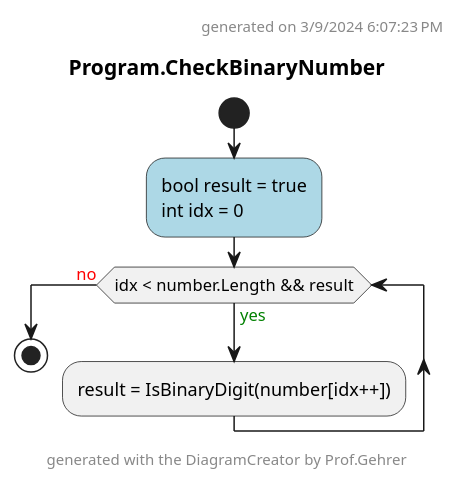
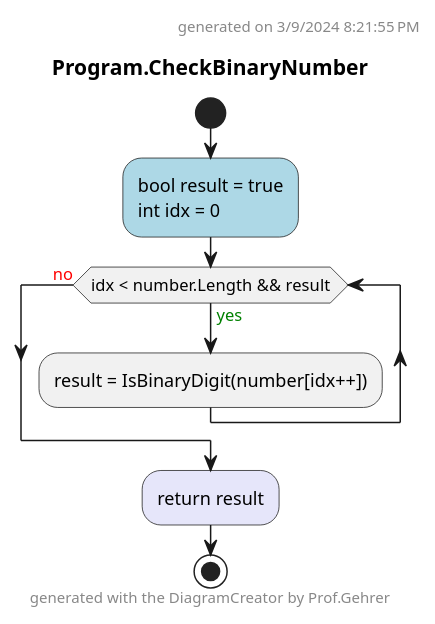
Before and after one commit to leoggehrer/2324-34_ABIF_ACIF_POSE: the diagram in BinaryAdder.ConApp/Diagrams/ac_Program_CheckBinaryNumber.puml, drawn with PlantUML. The commit also changed 204 other files, not shown here.

Commit message:
Created activity diagrams.

```diff
--- a/BinaryAdder.ConApp/Diagrams/ac_Program_CheckBinaryNumber.puml
+++ b/BinaryAdder.ConApp/Diagrams/ac_Program_CheckBinaryNumber.puml
@@ -1,16 +1,17 @@
 @startuml Program.CheckBinaryNumber
 header
-generated on 3/9/2024 6:07:23 PM
+generated on 3/9/2024 8:21:55 PM
 end header
 title Program.CheckBinaryNumber
 start
 #LightBlue:bool result = true
 int idx = 0;
 while (idx < number.Length && result) is (<color:green>yes)
     :result = IsBinaryDigit(number[idx++]);
 endwhile (<color:red>no)
+#Lavender:return result;
 footer
 generated with the DiagramCreator by Prof.Gehrer
 end footer
 stop
 @enduml
```
